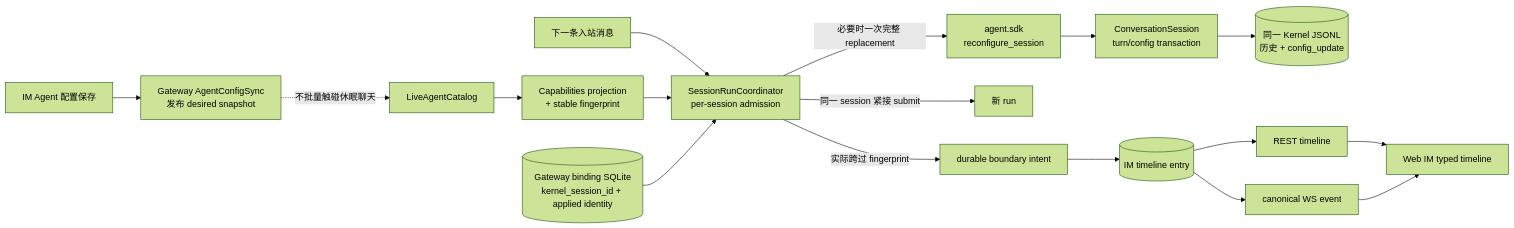
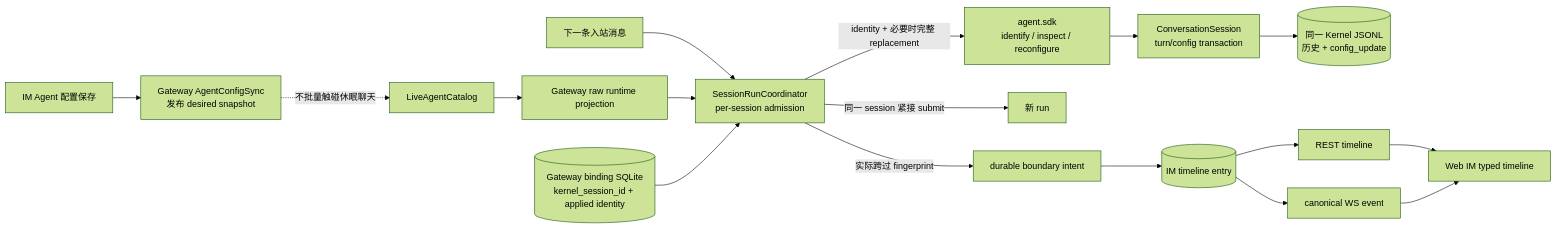
Before and after one commit to Mrchen116/nano-multiagent: the first of 3 diagrams in docs/changes/bugfix-471-agent-config-context-continuity/design.md, drawn with Mermaid (forest theme). The commit also changed other lines of this file and 5 other files, not shown here.

````diff
--- a/docs/changes/bugfix-471-agent-config-context-continuity/design.md
+++ b/docs/changes/bugfix-471-agent-config-context-continuity/design.md
@@ -51,21 +51,21 @@
 ```mermaid
 flowchart LR
   Edit[IM Agent 配置保存] --> Sync[Gateway AgentConfigSync\n发布 desired snapshot]
   Sync -. 不批量触碰休眠聊天 .-> Catalog[LiveAgentCatalog]
 
   Inbound[下一条入站消息] --> Admission[SessionRunCoordinator\nper-session admission]
-  Catalog --> Projection[Capabilities projection\n+ stable fingerprint]
+  Catalog --> Projection[Gateway raw runtime projection]
   Projection --> Admission
   Binding[(Gateway binding SQLite\nkernel_session_id + applied identity)] --> Admission
-  Admission -->|必要时一次完整 replacement| SDK[agent.sdk\nreconfigure_session]
+  Admission -->|identity + 必要时完整 replacement| SDK[agent.sdk\nidentify / inspect / reconfigure]
   SDK --> Conversation[ConversationSession\nturn/config transaction]
   Conversation --> Transcript[(同一 Kernel JSONL\n历史 + config_update)]
   Admission -->|同一 session 紧接 submit| Run[新 run]
 
   Admission -->|实际跨过 fingerprint| Marker[durable boundary intent]
   Marker --> IMEvent[(IM timeline entry)]
   IMEvent --> REST[REST timeline]
   IMEvent --> WS[canonical WS event]
   REST --> UI[Web IM typed timeline]
   WS --> UI
 ```
````
